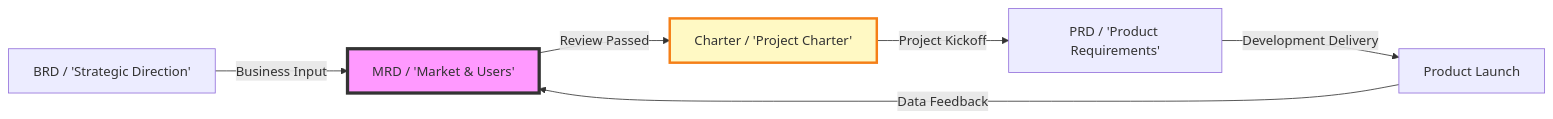
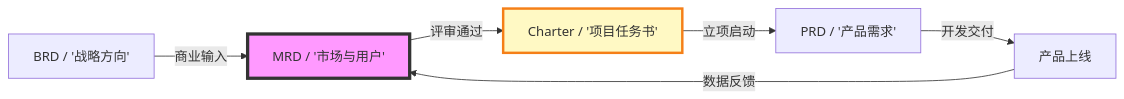
One commit to Kirky-X/cangjie changed the first of 18 diagrams in templates/Product/Strategy/Template-MRD.md. Above: the diagram before and after it, drawn with Mermaid. The commit also changed other lines of this file and 33 other files, not shown here.

````diff
--- a/templates/Product/Strategy/Template-MRD.md
+++ b/templates/Product/Strategy/Template-MRD.md
@@ -25,11 +25,11 @@
 ```mermaid
 graph LR
-    A[BRD / 'Strategic Direction'] -->|Business Input| B[MRD / 'Market & Users']
-    B -->|Review Passed| C[Charter / 'Project Charter']
-    C -->|Project Kickoff| D[PRD / 'Product Requirements']
-    D -->|Development Delivery| E[Product Launch]
-    E -->|Data Feedback| B
+    A[BRD / '战略方向'] -->|商业输入| B[MRD / '市场与用户']
+    B -->|评审通过| C[Charter / '项目任务书']
+    C -->|立项启动| D[PRD / '产品需求']
+    D -->|开发交付| E[产品上线]
+    E -->|数据反馈| B
 
     style B fill:#f9f,stroke:#333,stroke-width:4px
     style C fill:#fff9c4,stroke:#f57f17,stroke-width:3px
 ```
````
